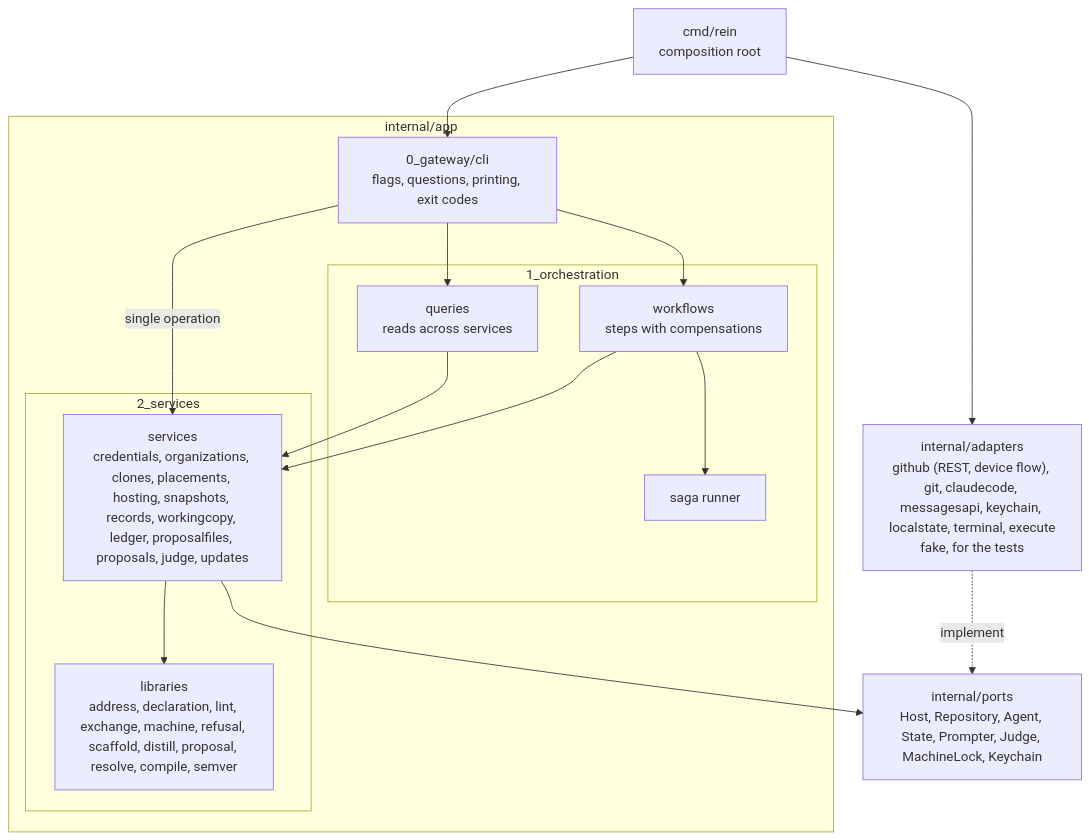
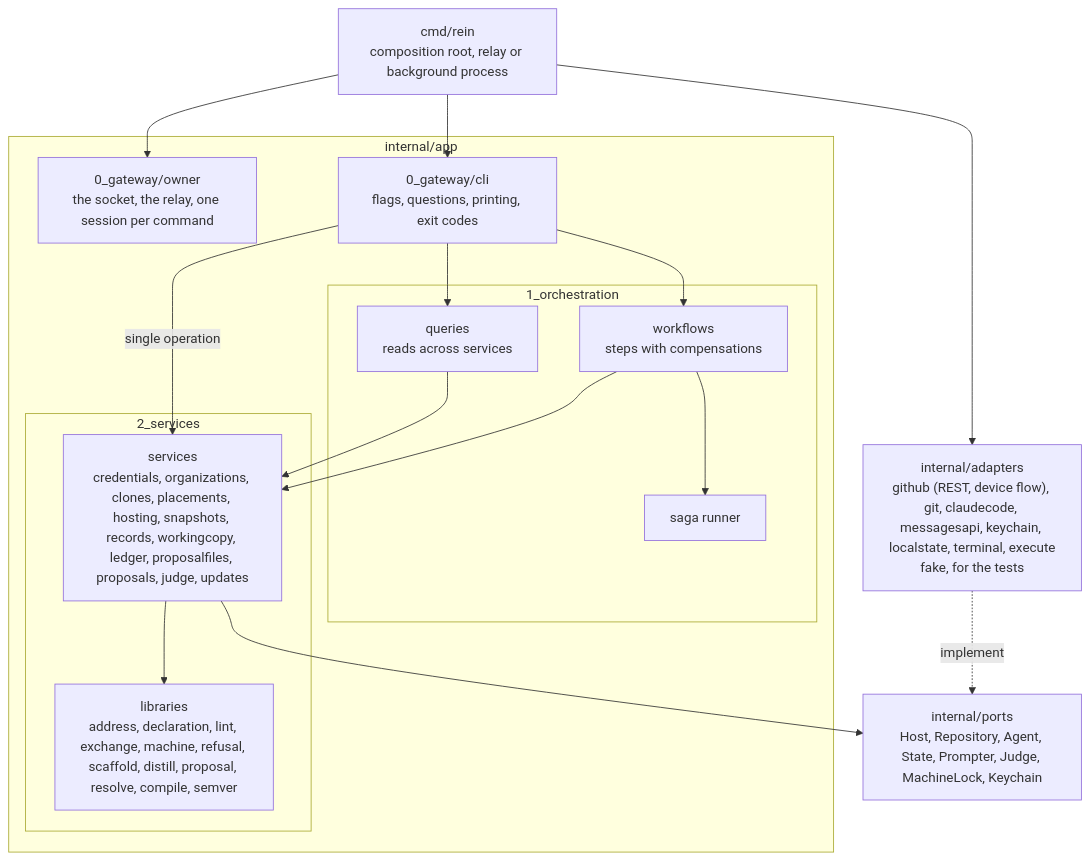
The diagram in docs/architecture.md (Danidani23/agents-rein), drawn with Mermaid before and after one commit. The commit also changed other lines of this file and 40 other files, not shown here.

First line of the commit message:
feat(rein): commands run in a background process the first one starts

````diff
--- a/docs/architecture.md
+++ b/docs/architecture.md
@@ -18,30 +22,32 @@
 ```mermaid
 flowchart TB
-    main["cmd/rein<br/>composition root"]
+    main["cmd/rein<br/>composition root, relay or background process"]
     subgraph app["internal/app"]
+        owner["0_gateway/owner<br/>the socket, the relay, one session per command"]
         gateway["0_gateway/cli<br/>flags, questions, printing, exit codes"]
         subgraph orchestration["1_orchestration"]
             workflows["workflows<br/>steps with compensations"]
             queries["queries<br/>reads across services"]
             runner["saga runner"]
         end
         subgraph services["2_services"]
             svc["services<br/>credentials, organizations, clones, placements, hosting, snapshots, records, workingcopy, ledger, proposalfiles, proposals, judge, updates"]
             libs["libraries<br/>address, declaration, lint, exchange, machine, refusal, scaffold, distill, proposal, resolve, compile, semver"]
         end
     end
     ports["internal/ports<br/>Host, Repository, Agent, State, Prompter, Judge, MachineLock, Keychain"]
     adapters["internal/adapters<br/>github (REST, device flow), git, claudecode, messagesapi, keychain, localstate, terminal, execute<br/>fake, for the tests"]
 
+    main --> owner
     main --> gateway
     main --> adapters
     gateway --> workflows
     gateway --> queries
     gateway -- "single operation" --> svc
     workflows --> runner
     workflows --> svc
     queries --> svc
     svc --> ports
     svc --> libs
     adapters -. implement .-> ports
 ```
````
